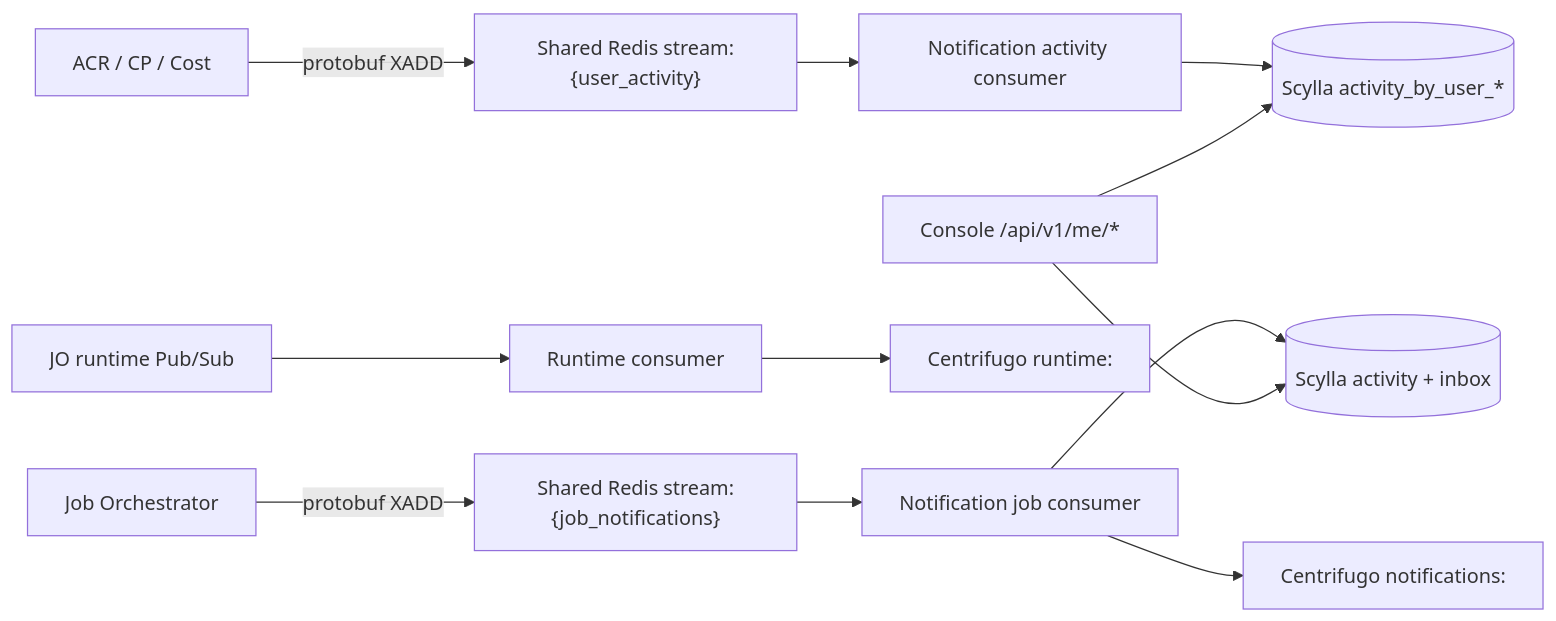
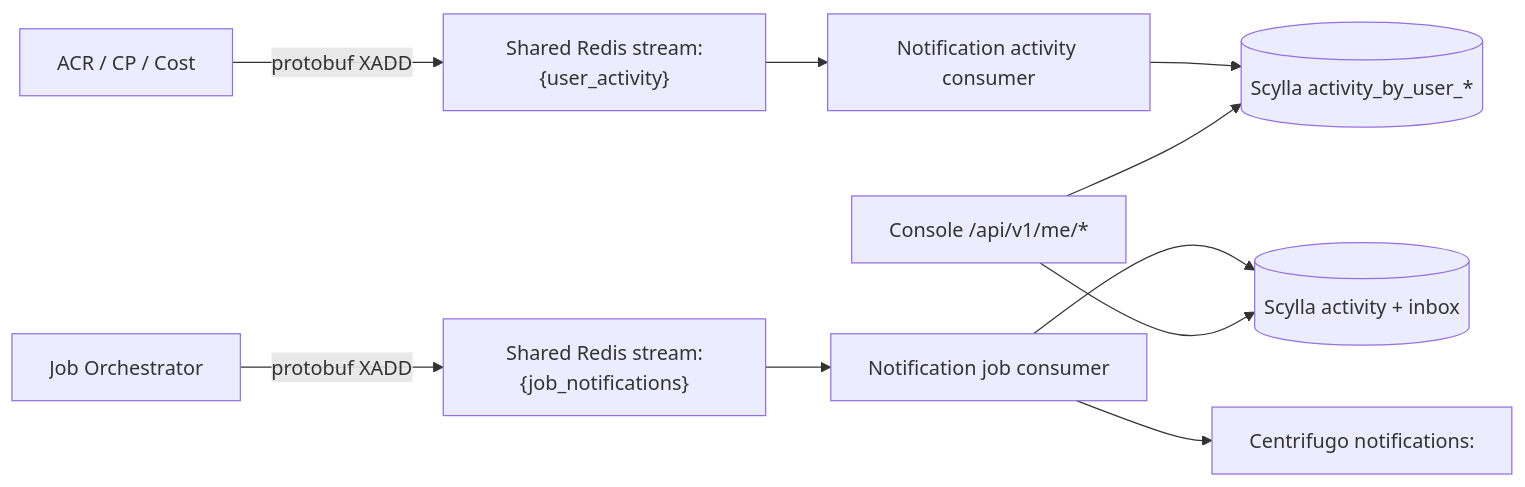
One commit to phucle996/aurora changed the diagram in god_view/notification/user_timeline_god_view.md. Above: the diagram before and after it, drawn with Mermaid. The commit also changed other lines of this file and 60 other files, not shown here.

Commit message:
refactor: restructure notification service architecture by consolidating inbound, application, and contract layers into service, repo, and transport modules

````diff
--- a/god_view/notification/user_timeline_god_view.md
+++ b/god_view/notification/user_timeline_god_view.md
@@ -17,14 +17,12 @@
 ```mermaid
 flowchart LR
   CP["ACR / CP / Cost"] -->|protobuf XADD| AS["Shared Redis stream:{user_activity}"]
   AS --> NS1["Notification activity consumer"]
   NS1 --> S1[("Scylla activity_by_user_*")]
   JO["Job Orchestrator"] -->|protobuf XADD| JS["Shared Redis stream:{job_notifications}"]
   JS --> NS2["Notification job consumer"]
   NS2 --> S2[("Scylla activity + inbox")]
   NS2 --> CF["Centrifugo notifications:<user_id>"]
-  RT["JO runtime Pub/Sub"] --> NS3["Runtime consumer"]
-  NS3 --> CF2["Centrifugo runtime:<user_id>"]
   API["Console /api/v1/me/*"] --> S1
   API --> S2
 ```
````
